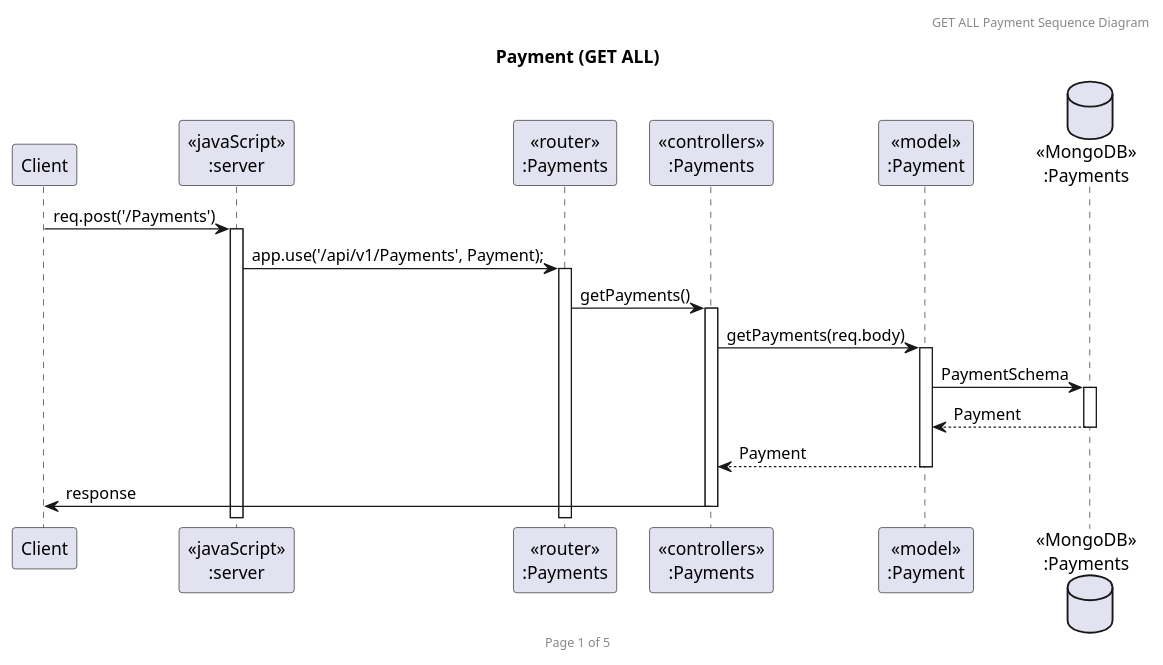
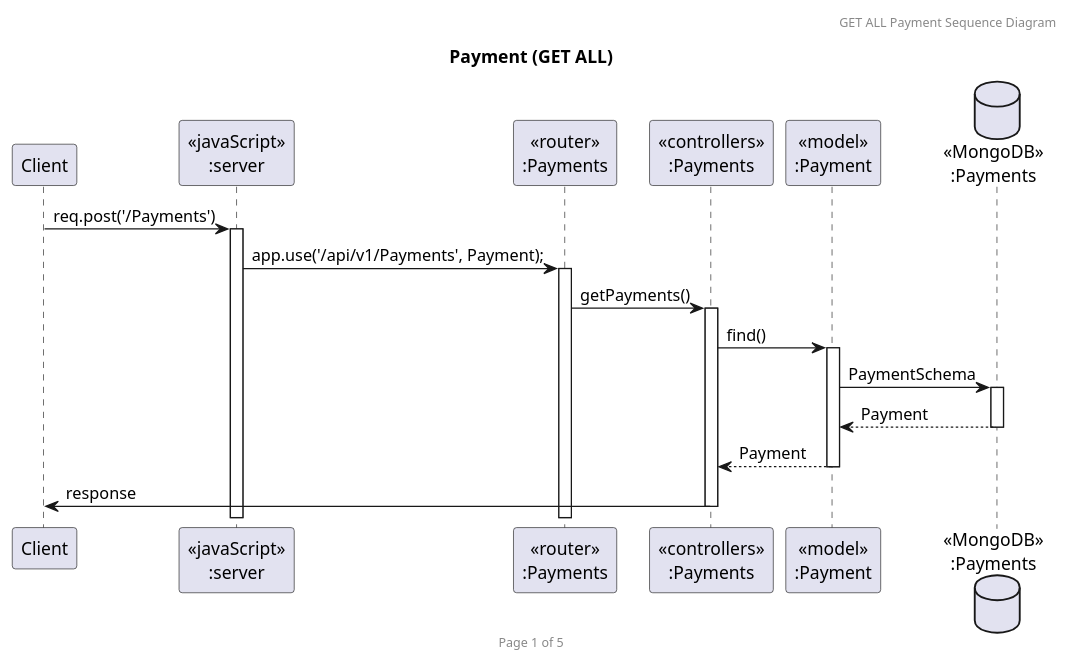
One commit to marshmeowllo/RestaurantReservation changed the diagram in Sequence Diagram/Payment/PaymentGetAll.puml. Above: the diagram before and after it, drawn with PlantUML. The commit also changed 12 other files, not shown here.

```diff
--- a/Sequence Diagram/Payment/PaymentGetAll.puml
+++ b/Sequence Diagram/Payment/PaymentGetAll.puml
@@ -1,23 +1,23 @@
 @startuml Payment (GET ALL)
 
 header GET ALL Payment Sequence Diagram
 footer Page 1 of 5
 title "Payment (GET ALL)"
 
 participant "Client" as client
 participant "<<javaScript>>\n:server" as server
 participant "<<router>>\n:Payments" as routerPayments
 participant "<<controllers>>\n:Payments" as controllersPayments
 participant "<<model>>\n:Payment" as modelPayments
 database "<<MongoDB>>\n:Payments" as PaymentDatabase
 
 client->server ++:req.post('/Payments')
 server->routerPayments ++:app.use('/api/v1/Payments', Payment);
 routerPayments -> controllersPayments ++:getPayments()
-controllersPayments->modelPayments ++: getPayments(req.body)
+controllersPayments->modelPayments ++: find()
 modelPayments ->PaymentDatabase ++: PaymentSchema
 PaymentDatabase --> modelPayments --: Payment
 controllersPayments <-- modelPayments --:Payment
 controllersPayments->client --:response
 
 @enduml
```
